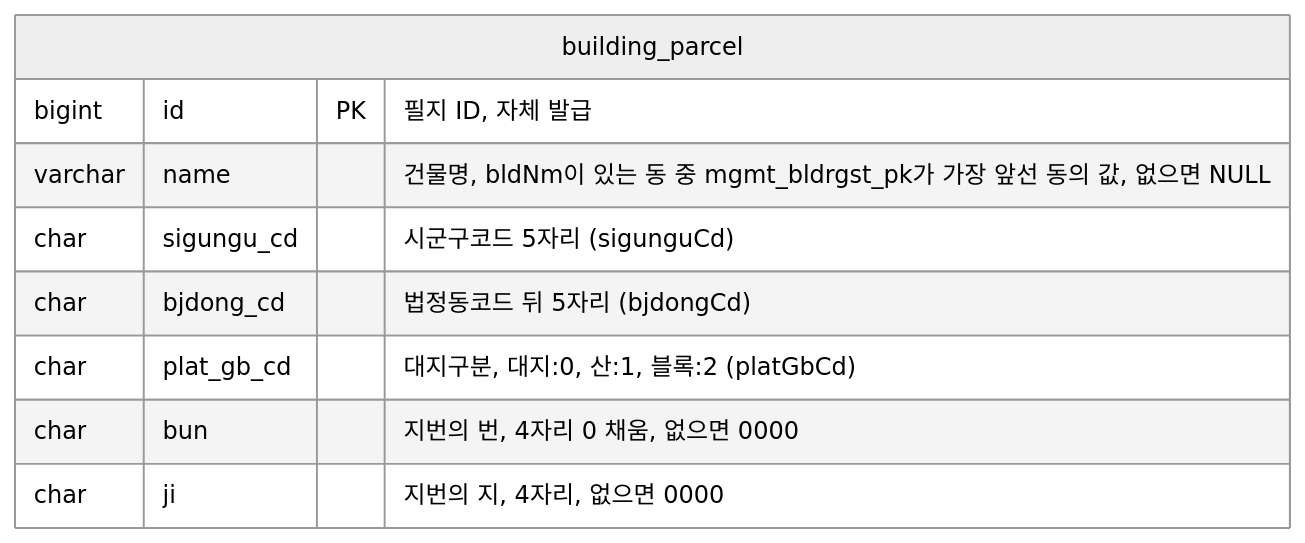
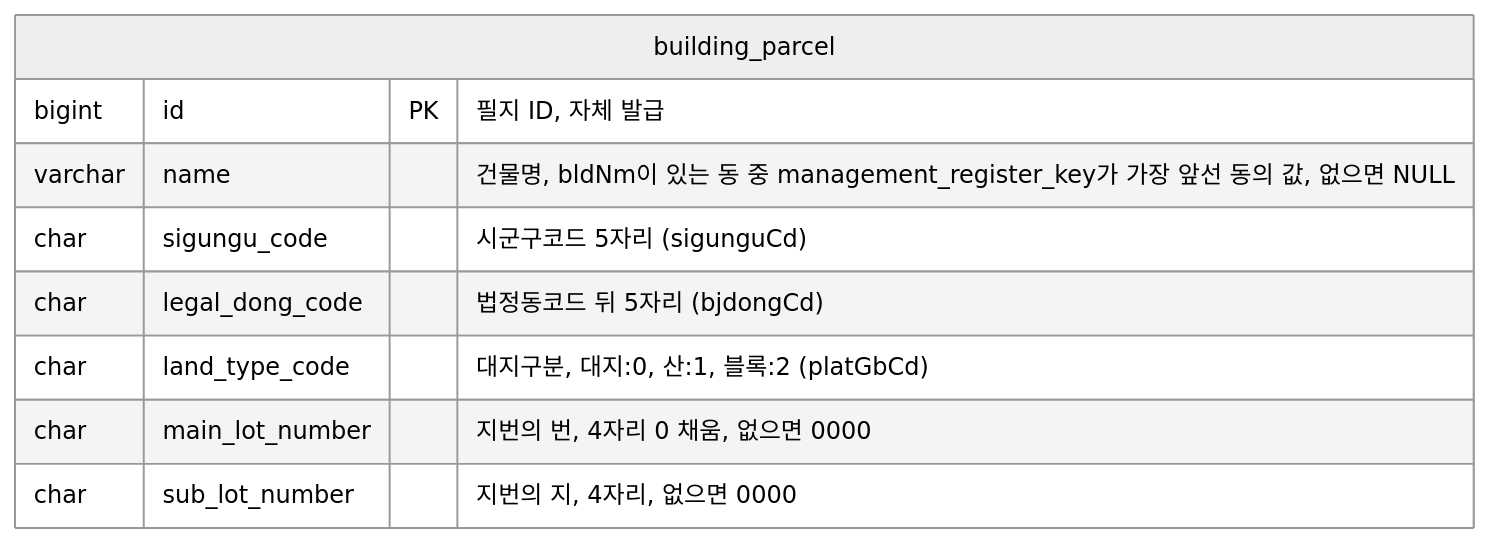
Before and after one commit to f-lab-edu/jipsee: the third of 8 diagrams in docs/erd.md, drawn with Mermaid (neutral theme). The commit also changed other lines of this file, not shown here.

````diff
--- a/docs/erd.md
+++ b/docs/erd.md
@@ -55,12 +55,12 @@
 ```mermaid
 erDiagram
     building_parcel {
         bigint id PK "필지 ID, 자체 발급"
-        varchar name "건물명, bldNm이 있는 동 중 mgmt_bldrgst_pk가 가장 앞선 동의 값, 없으면 NULL"
-        char sigungu_cd "시군구코드 5자리 (sigunguCd)"
-        char bjdong_cd "법정동코드 뒤 5자리 (bjdongCd)"
-        char plat_gb_cd "대지구분, 대지:0, 산:1, 블록:2 (platGbCd)"
-        char bun "지번의 번, 4자리 0 채움, 없으면 0000"
-        char ji "지번의 지, 4자리, 없으면 0000"
+        varchar name "건물명, bldNm이 있는 동 중 management_register_key가 가장 앞선 동의 값, 없으면 NULL"
+        char sigungu_code "시군구코드 5자리 (sigunguCd)"
+        char legal_dong_code "법정동코드 뒤 5자리 (bjdongCd)"
+        char land_type_code "대지구분, 대지:0, 산:1, 블록:2 (platGbCd)"
+        char main_lot_number "지번의 번, 4자리 0 채움, 없으면 0000"
+        char sub_lot_number "지번의 지, 4자리, 없으면 0000"
     }
 ```
````
